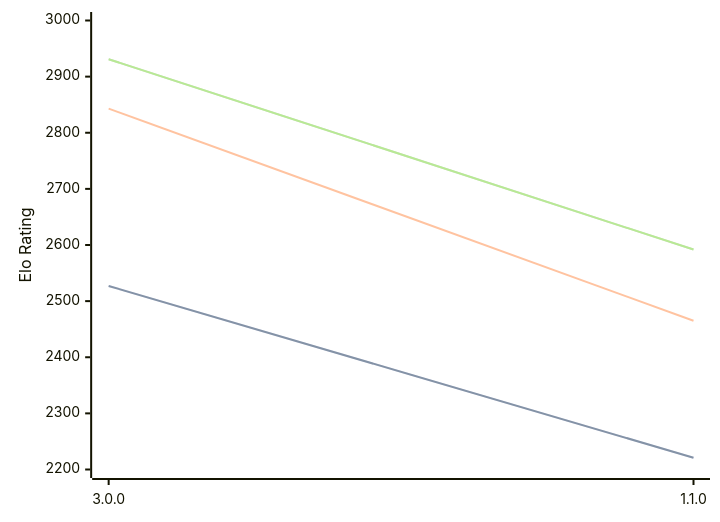
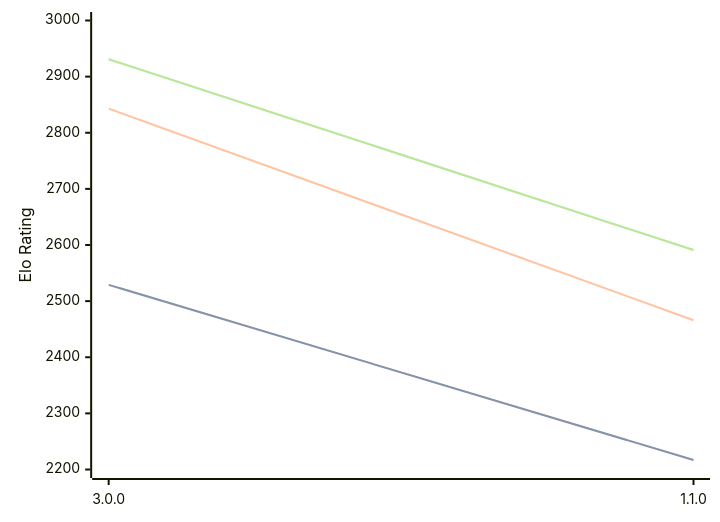
Before and after one commit to computer-chess-index/cci: the first of 3 diagrams in engines/Potential.md, drawn with Mermaid. The commit also changed other lines of this file, not shown here.

Commit message:
Update CCI Ratings (ELO VLTC) - 2026-06-20

````diff
--- a/engines/Potential.md
+++ b/engines/Potential.md
@@ -34,11 +34,11 @@
 ```mermaid
 %%{init: {"theme":"base","themeVariables":{"seriesColors:['#a3a3a3','#222221','#faa371']}}}%%
 xychart-beta
   x-axis ["3.0.0", "1.1.0"]
   y-axis "Elo Rating" 2200 --> 3000
-  line "STC (8.0+0.08s)" [2527, 2221]
-  line "STC (8.0+0.08s)" [2527, 2221]
-  line "LTC (60.0+0.60s)" [2843, 2465]
-  line "VLTC (2m24s+1.12s)" [2931, 2592]
-  line "VLTC (2m24s+1.12s)" [2931, 2592]
+  line "STC (8.0+0.08s)" [2529, 2217]
+  line "STC (8.0+0.08s)" [2529, 2217]
+  line "LTC (60.0+0.60s)" [2843, 2466]
+  line "VLTC (2m24s+1.12s)" [2931, 2591]
+  line "VLTC (2m24s+1.12s)" [2931, 2591]
 ```
````
